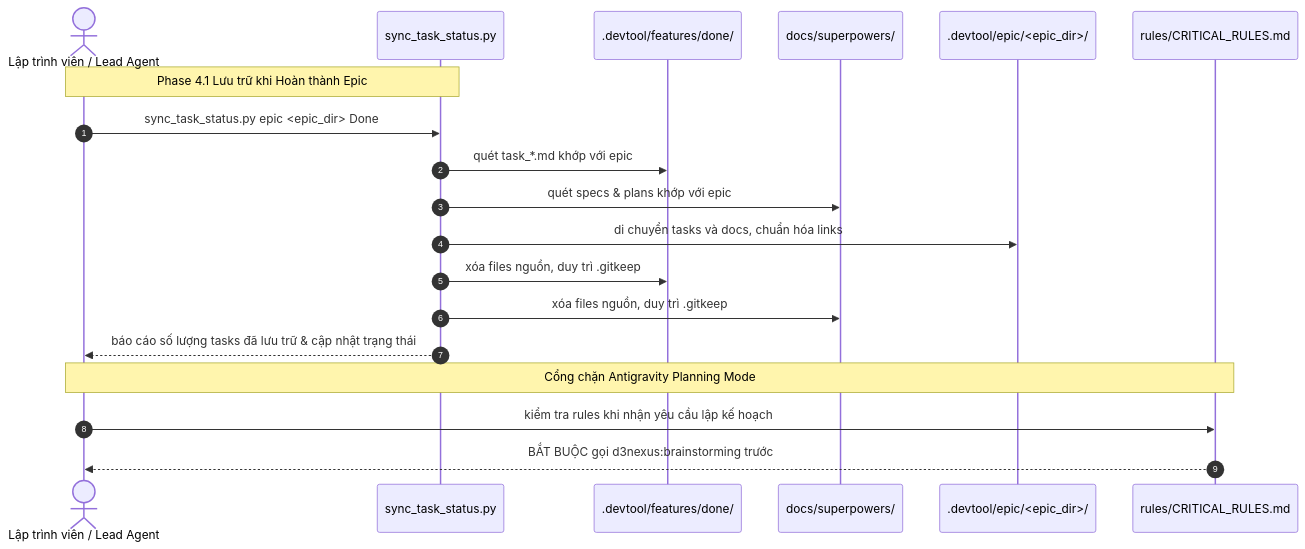
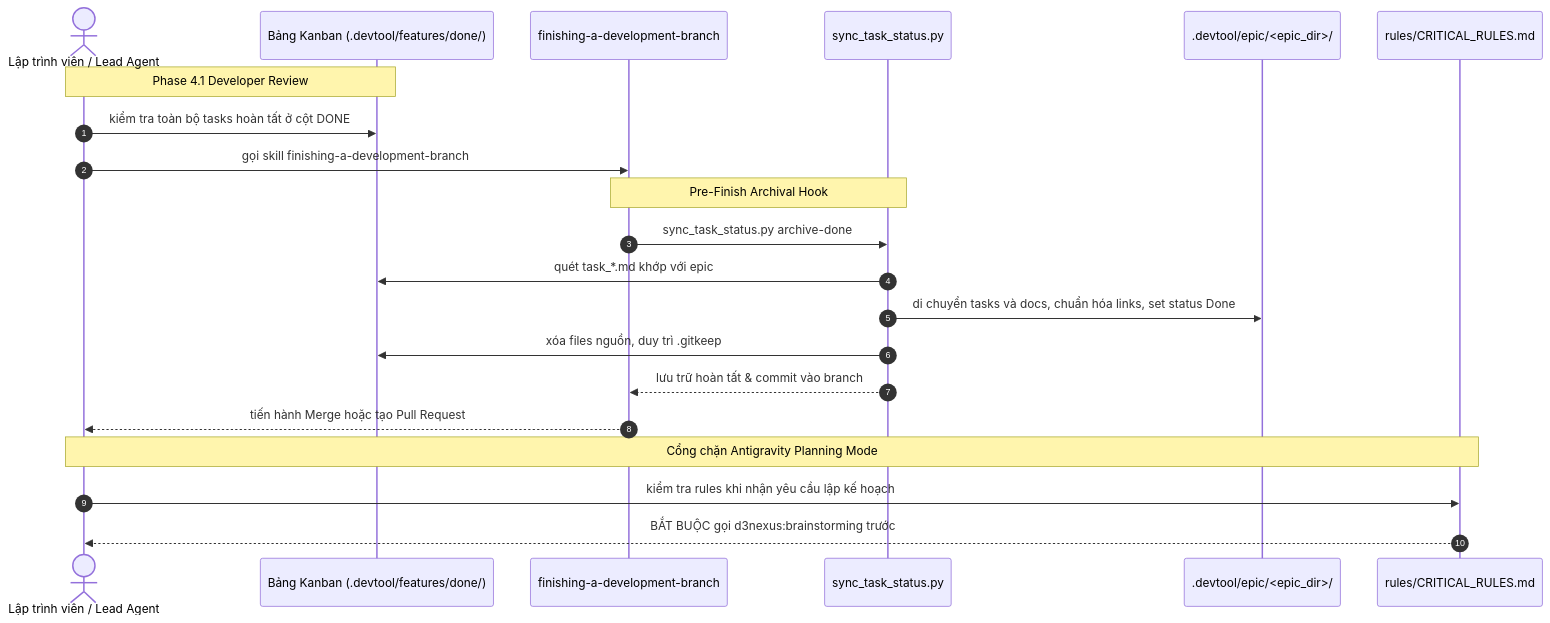
The third of 3 diagrams in .devtool/epic/epic_archival_and_planning_gate/epic_archival_and_planning_gate.vi.md (DanhDue/ai-agent-tools), drawn with Mermaid before and after one commit. The commit also changed other lines of this file and 7 other files, not shown here.

First line of the commit message:
[EPIC_ARCHIVAL_AND_PLANNING_GATE] Integrate Pre-Finish Archival Hook and Kanban Review State

````diff
--- a/.devtool/epic/epic_archival_and_planning_gate/epic_archival_and_planning_gate.vi.md
+++ b/.devtool/epic/epic_archival_and_planning_gate/epic_archival_and_planning_gate.vi.md
@@ -102,23 +108,26 @@
 ```mermaid
 sequenceDiagram
     autonumber
     actor Dev as Lập trình viên / Lead Agent
+    participant Kanban as Bảng Kanban (.devtool/features/done/)
+    participant Finish as finishing-a-development-branch
     participant Script as sync_task_status.py
-    participant Features as .devtool/features/done/
-    participant Superpowers as docs/superpowers/
     participant EpicDir as .devtool/epic/<epic_dir>/
     participant Rules as rules/CRITICAL_RULES.md
 
-    Note over Dev,Script: Phase 4.1 Lưu trữ khi Hoàn thành Epic
-    Dev->>Script: sync_task_status.py epic <epic_dir> Done
-    Script->>Features: quét task_*.md khớp với epic
-    Script->>Superpowers: quét specs & plans khớp với epic
-    Script->>EpicDir: di chuyển tasks và docs, chuẩn hóa links
-    Script->>Features: xóa files nguồn, duy trì .gitkeep
-    Script->>Superpowers: xóa files nguồn, duy trì .gitkeep
-    Script-->>Dev: báo cáo số lượng tasks đã lưu trữ & cập nhật trạng thái
+    Note over Dev,Kanban: Phase 4.1 Developer Review
+    Dev->>Kanban: kiểm tra toàn bộ tasks hoàn tất ở cột DONE
+    Dev->>Finish: gọi skill finishing-a-development-branch
+
+    Note over Finish,Script: Pre-Finish Archival Hook
+    Finish->>Script: sync_task_status.py archive-done
+    Script->>Kanban: quét task_*.md khớp với epic
+    Script->>EpicDir: di chuyển tasks và docs, chuẩn hóa links, set status Done
+    Script->>Kanban: xóa files nguồn, duy trì .gitkeep
+    Script-->>Finish: lưu trữ hoàn tất & commit vào branch
+    Finish-->>Dev: tiến hành Merge hoặc tạo Pull Request
 
     Note over Dev,Rules: Cổng chặn Antigravity Planning Mode
     Dev->>Rules: kiểm tra rules khi nhận yêu cầu lập kế hoạch
     Rules-->>Dev: BẮT BUỘC gọi d3nexus:brainstorming trước
 ```
````
